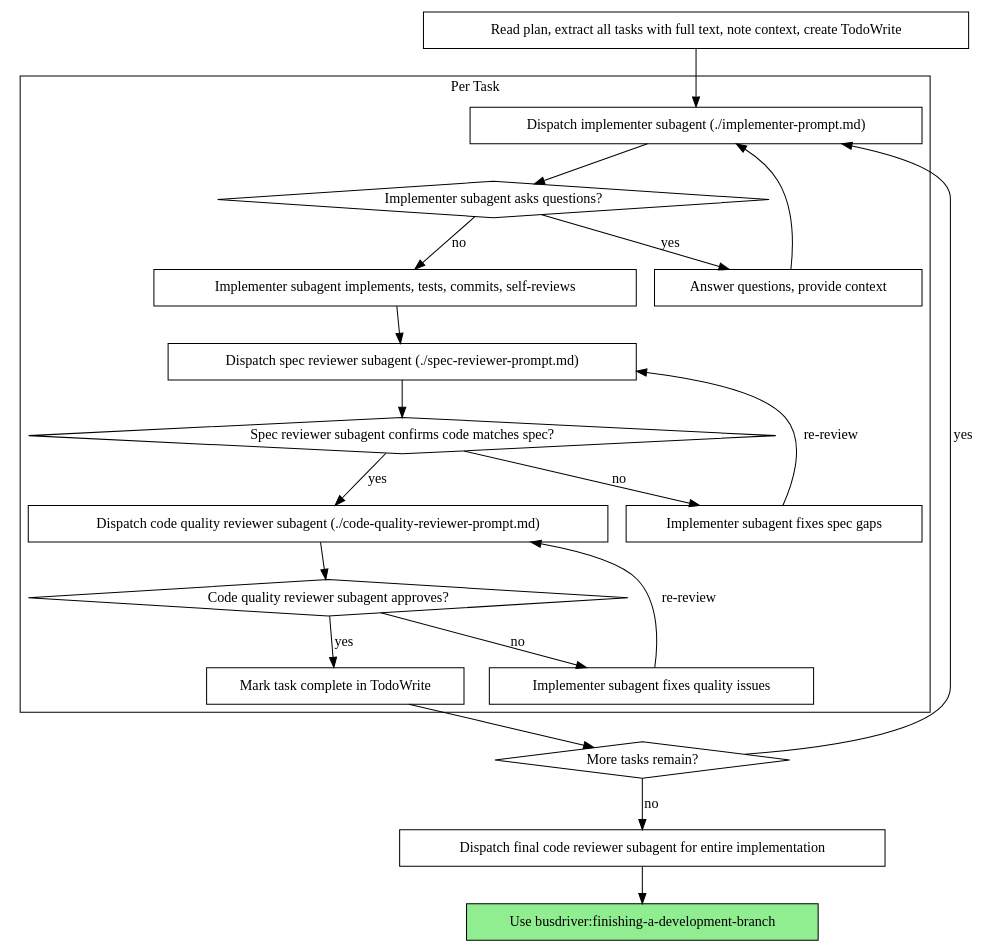
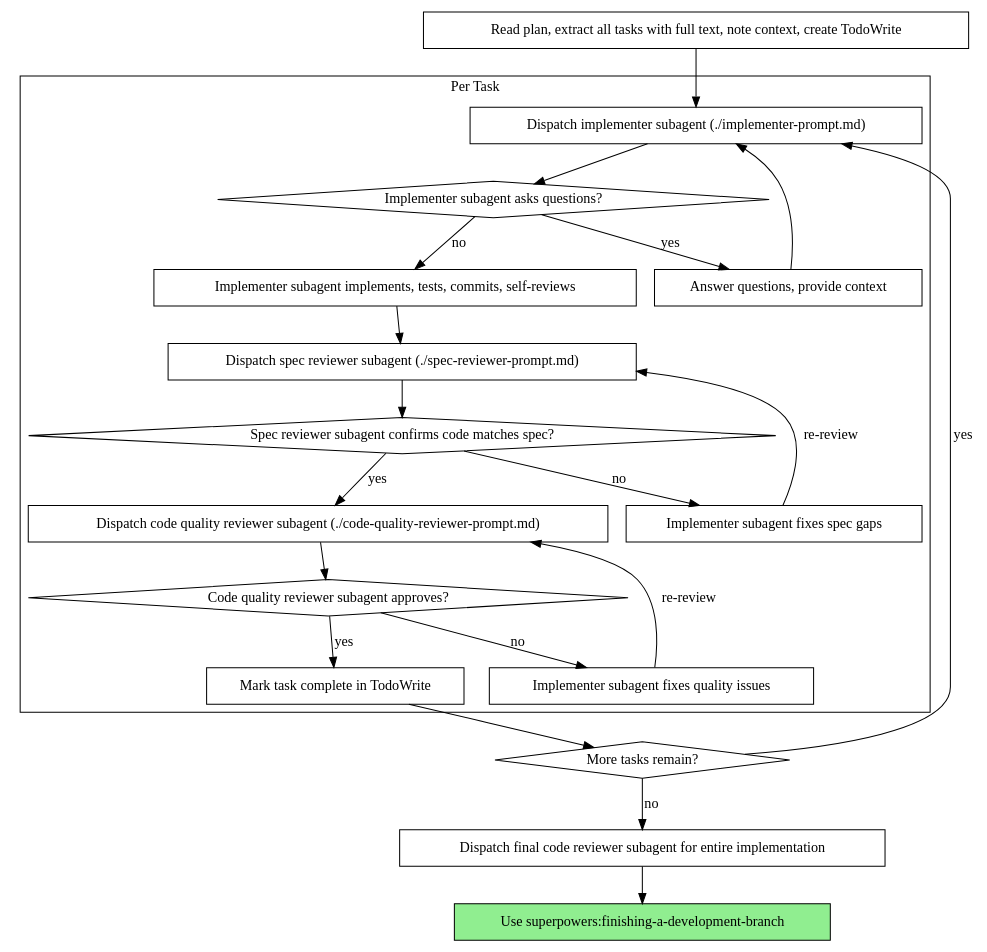
One commit to chris-yyau/busdriver changed the second of 2 diagrams in skills/subagent-driven-development/SKILL.md. Above: the diagram before and after it, drawn with Graphviz. The commit also changed other lines of this file and 44 other files, not shown here.

````diff
--- a/skills/subagent-driven-development/SKILL.md
+++ b/skills/subagent-driven-development/SKILL.md
@@ -42,44 +42,44 @@
 ```dot
 digraph process {
     rankdir=TB;
 
     subgraph cluster_per_task {
         label="Per Task";
         "Dispatch implementer subagent (./implementer-prompt.md)" [shape=box];
         "Implementer subagent asks questions?" [shape=diamond];
         "Answer questions, provide context" [shape=box];
         "Implementer subagent implements, tests, commits, self-reviews" [shape=box];
         "Dispatch spec reviewer subagent (./spec-reviewer-prompt.md)" [shape=box];
         "Spec reviewer subagent confirms code matches spec?" [shape=diamond];
         "Implementer subagent fixes spec gaps" [shape=box];
         "Dispatch code quality reviewer subagent (./code-quality-reviewer-prompt.md)" [shape=box];
         "Code quality reviewer subagent approves?" [shape=diamond];
         "Implementer subagent fixes quality issues" [shape=box];
         "Mark task complete in TodoWrite" [shape=box];
     }
 
     "Read plan, extract all tasks with full text, note context, create TodoWrite" [shape=box];
     "More tasks remain?" [shape=diamond];
     "Dispatch final code reviewer subagent for entire implementation" [shape=box];
-    "Use busdriver:finishing-a-development-branch" [shape=box style=filled fillcolor=lightgreen];
+    "Use superpowers:finishing-a-development-branch" [shape=box style=filled fillcolor=lightgreen];
 
     "Read plan, extract all tasks with full text, note context, create TodoWrite" -> "Dispatch implementer subagent (./implementer-prompt.md)";
     "Dispatch implementer subagent (./implementer-prompt.md)" -> "Implementer subagent asks questions?";
     "Implementer subagent asks questions?" -> "Answer questions, provide context" [label="yes"];
     "Answer questions, provide context" -> "Dispatch implementer subagent (./implementer-prompt.md)";
     "Implementer subagent asks questions?" -> "Implementer subagent implements, tests, commits, self-reviews" [label="no"];
     "Implementer subagent implements, tests, commits, self-reviews" -> "Dispatch spec reviewer subagent (./spec-reviewer-prompt.md)";
     "Dispatch spec reviewer subagent (./spec-reviewer-prompt.md)" -> "Spec reviewer subagent confirms code matches spec?";
     "Spec reviewer subagent confirms code matches spec?" -> "Implementer subagent fixes spec gaps" [label="no"];
     "Implementer subagent fixes spec gaps" -> "Dispatch spec reviewer subagent (./spec-reviewer-prompt.md)" [label="re-review"];
     "Spec reviewer subagent confirms code matches spec?" -> "Dispatch code quality reviewer subagent (./code-quality-reviewer-prompt.md)" [label="yes"];
     "Dispatch code quality reviewer subagent (./code-quality-reviewer-prompt.md)" -> "Code quality reviewer subagent approves?";
     "Code quality reviewer subagent approves?" -> "Implementer subagent fixes quality issues" [label="no"];
     "Implementer subagent fixes quality issues" -> "Dispatch code quality reviewer subagent (./code-quality-reviewer-prompt.md)" [label="re-review"];
     "Code quality reviewer subagent approves?" -> "Mark task complete in TodoWrite" [label="yes"];
     "Mark task complete in TodoWrite" -> "More tasks remain?";
     "More tasks remain?" -> "Dispatch implementer subagent (./implementer-prompt.md)" [label="yes"];
     "More tasks remain?" -> "Dispatch final code reviewer subagent for entire implementation" [label="no"];
-    "Dispatch final code reviewer subagent for entire implementation" -> "Use busdriver:finishing-a-development-branch";
+    "Dispatch final code reviewer subagent for entire implementation" -> "Use superpowers:finishing-a-development-branch";
 }
 ```
````
